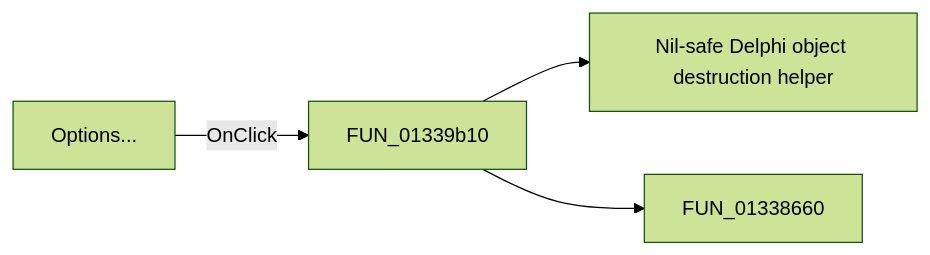
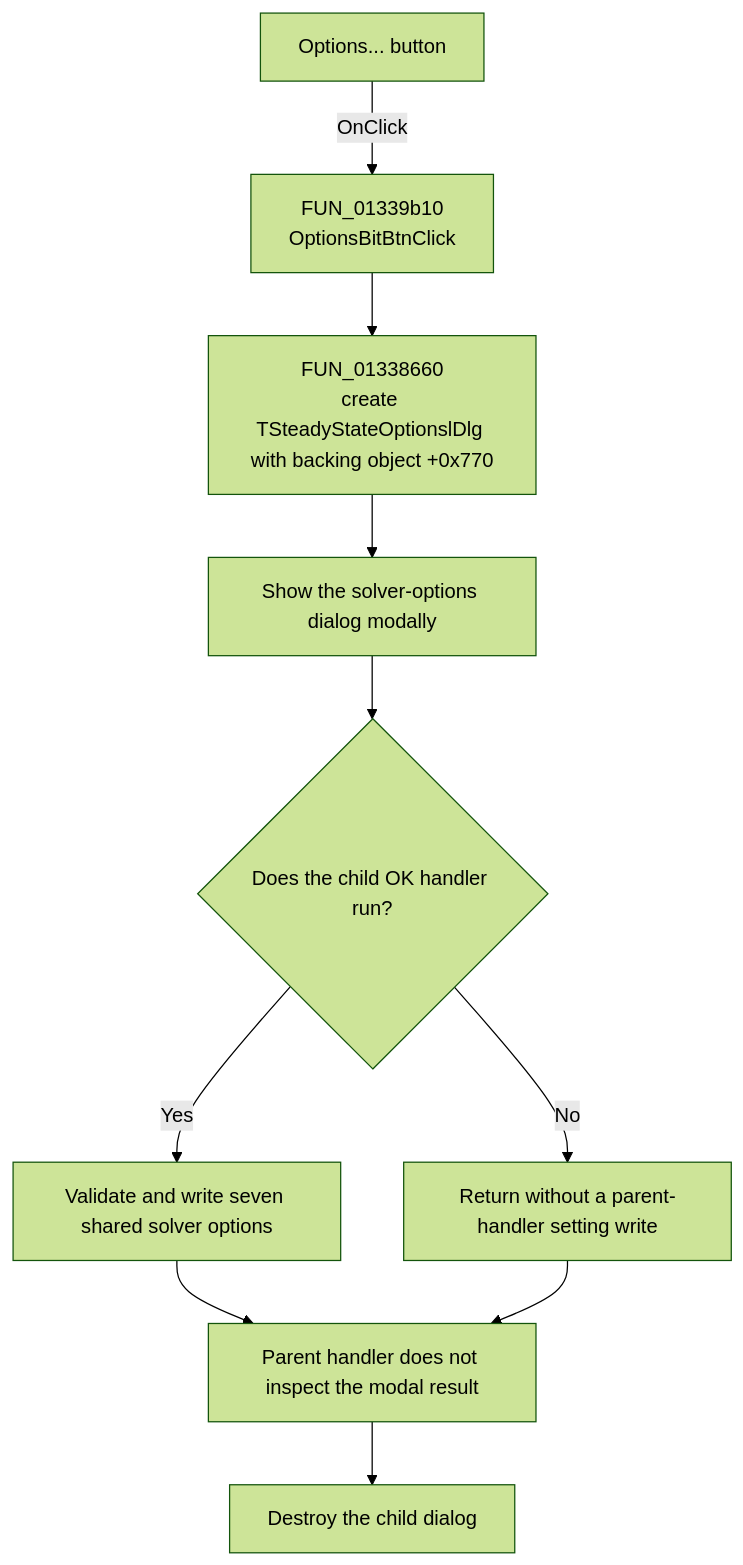
The diagram in docs/ui-controls/steadystateanaldlg/optionsbitbtn-fe5ab8c725.md (MovGP0/TIARA), drawn with Mermaid (forest theme) before and after one commit. The commit also changed other lines of this file and 1062 other files, not shown here.

````diff
--- a/docs/ui-controls/steadystateanaldlg/optionsbitbtn-fe5ab8c725.md
+++ b/docs/ui-controls/steadystateanaldlg/optionsbitbtn-fe5ab8c725.md
@@ -27,6 +41,12 @@
 ```mermaid
-flowchart LR
-    control["Options..."] -->|OnClick| handler["FUN_01339b10"]
-    handler --> call1["Nil-safe Delphi object destruction helper"]
-    handler --> call2["FUN_01338660"]
+flowchart TD
+    control["Options... button"] -->|OnClick| handler["FUN_01339b10<br/>OptionsBitBtnClick"]
+    handler --> construct["FUN_01338660<br/>create TSteadyStateOptionslDlg with backing object +0x770"]
+    construct --> showModal["Show the solver-options dialog modally"]
+    showModal --> userAction{"Does the child OK handler run?"}
+    userAction -->|Yes| applyOptions["Validate and write seven shared solver options"]
+    userAction -->|No| noParentWrite["Return without a parent-handler setting write"]
+    applyOptions --> ignoreResult["Parent handler does not inspect the modal result"]
+    noParentWrite --> ignoreResult
+    ignoreResult --> destroy["Destroy the child dialog"]
 ```
````
